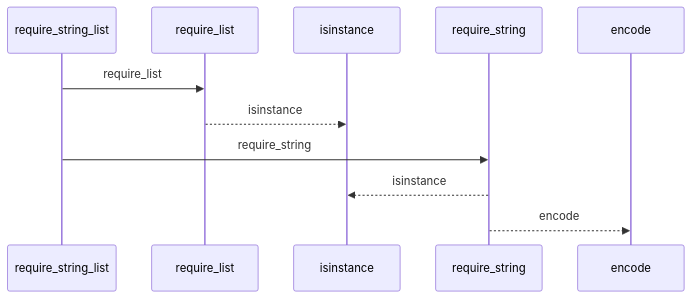
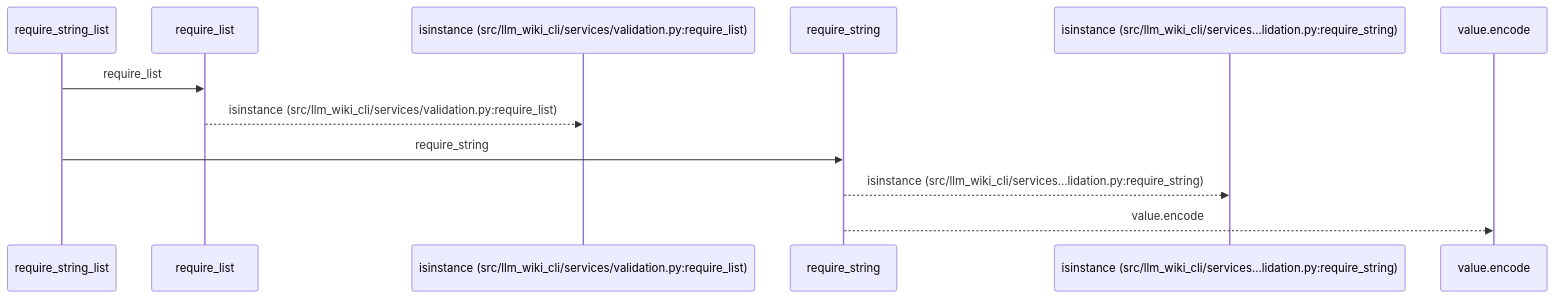
The first of 2 diagrams in docs/llm_wiki/flows/api-require_string_list.md (Denissvgn/python-wiki-llm), drawn with Mermaid before and after one commit. The commit also changed other lines of this file and 719 other files, not shown here.

````diff
--- a/docs/llm_wiki/flows/api-require_string_list.md
+++ b/docs/llm_wiki/flows/api-require_string_list.md
@@ -10,13 +10,14 @@
 ```mermaid
 sequenceDiagram
     participant p0 as require_string_list
     participant p1 as require_list
-    participant p2 as isinstance
+    participant p2 as isinstance (src/llm_wiki_cli/services/validation.py:require_list)
     participant p3 as require_string
-    participant p4 as encode
+    participant p4 as isinstance (src/llm_wiki_cli/services…lidation.py:require_string)
+    participant p5 as value.encode
     p0->>p1: require_list
-    p1-->>p2: isinstance
+    p1-->>p2: isinstance (src/llm_wiki_cli/services/validation.py:require_list)
     p0->>p3: require_string
-    p3-->>p2: isinstance
-    p3-->>p4: encode
+    p3-->>p4: isinstance (src/llm_wiki_cli/services…lidation.py:require_string)
+    p3-->>p5: value.encode
 ```
````
